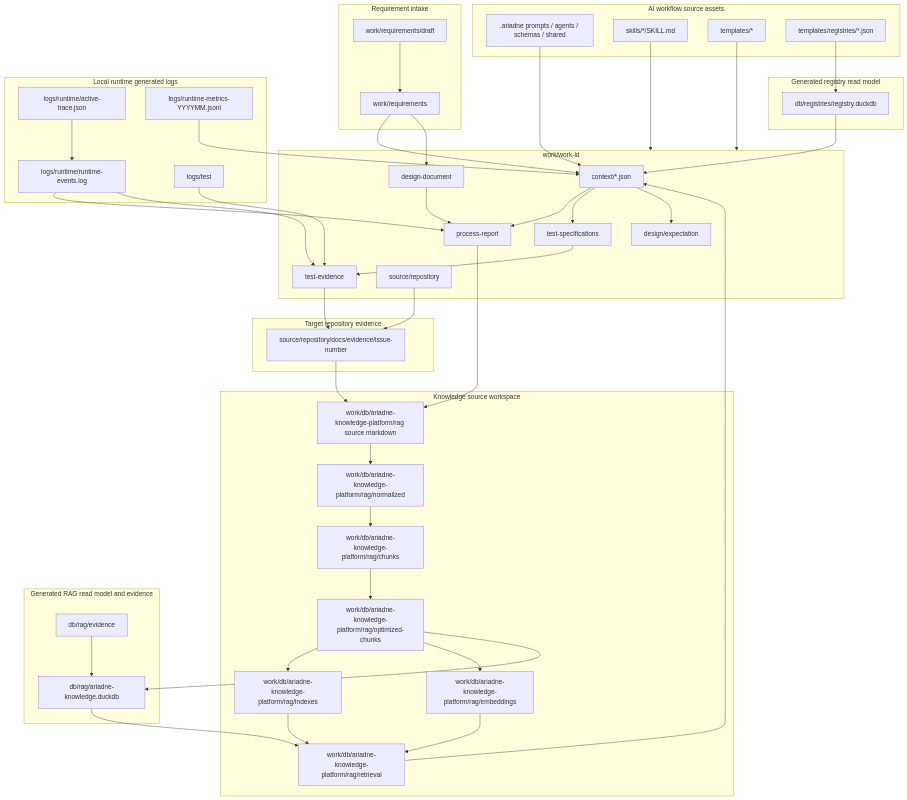
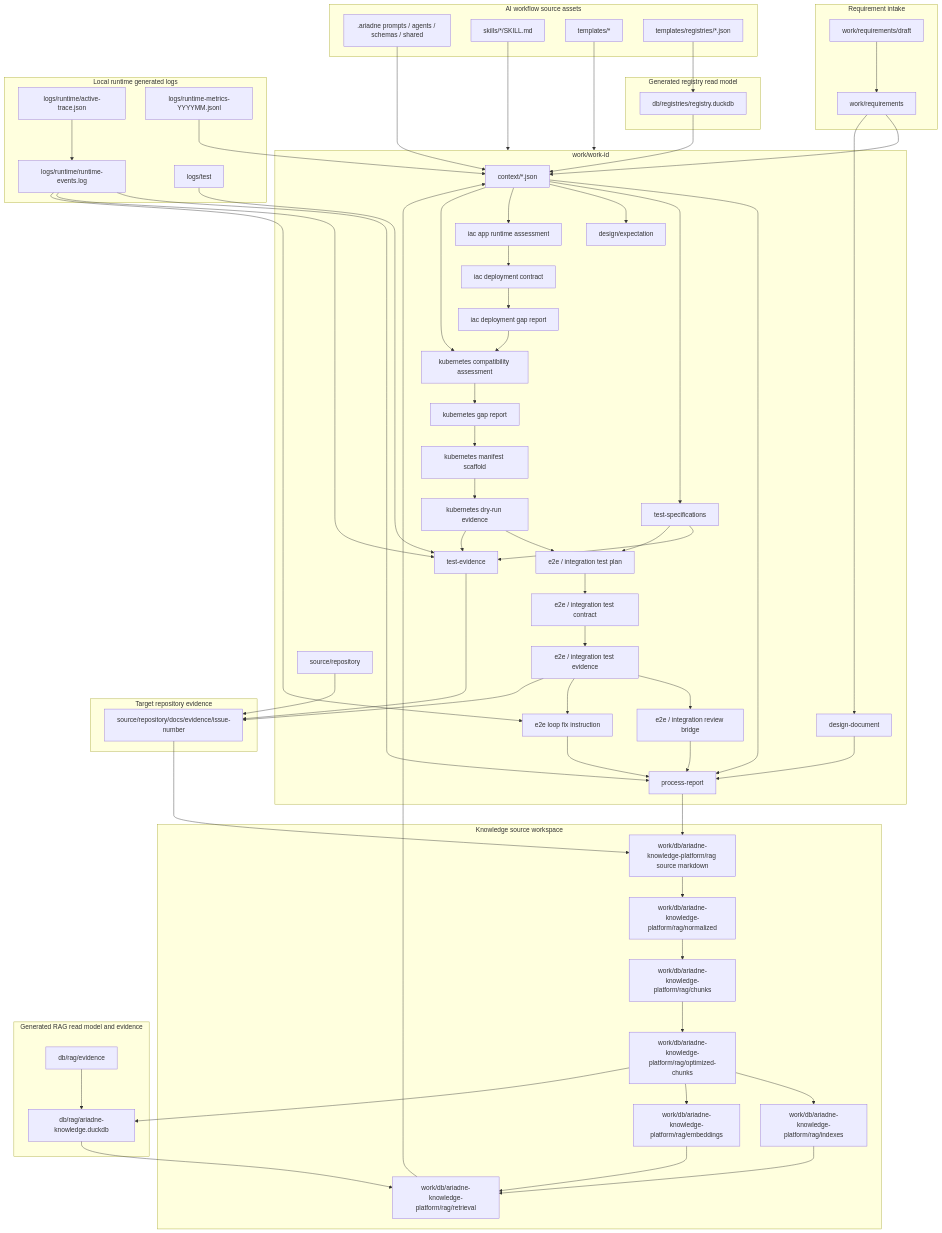
The first of 5 diagrams in docs/diagrams/artifact-lifecycle-map.md (inabako/ariadne-ai-workflow-platform), drawn with Mermaid before and after one commit. The commit also changed other lines of this file and 57 other files, not shown here.

```diff
--- a/docs/diagrams/artifact-lifecycle-map.md
+++ b/docs/diagrams/artifact-lifecycle-map.md
@@ -30,6 +30,18 @@
     Reports[process-report]
     Specs[test-specifications]
     Evidence[test-evidence]
+    E2EPlan[e2e / integration test plan]
+    E2EContract[e2e / integration test contract]
+    E2EEvidence[e2e / integration test evidence]
+    E2EReviewPlan[e2e / integration review bridge]
+    E2ELoop[e2e loop fix instruction]
+    IaCAssessment[iac app runtime assessment]
+    IaCContract[iac deployment contract]
+    IaCGap[iac deployment gap report]
+    K8sAssessment[kubernetes compatibility assessment]
+    K8sGap[kubernetes gap report]
+    K8sManifest[kubernetes manifest scaffold]
+    K8sDryRun[kubernetes dry-run evidence]
     Source[source/repository]
     Expectation[design/expectation]
   end
@@ -75,12 +87,31 @@
   Context --> Expectation
   Design --> Reports
   Specs --> Evidence
+  Specs --> E2EPlan
+  E2EPlan --> E2EContract
+  E2EContract --> E2EEvidence
+  E2EEvidence --> E2EReviewPlan
+  E2EReviewPlan --> Reports
+  E2EEvidence --> E2ELoop
+  E2ELoop --> Reports
+  Context --> IaCAssessment
+  IaCAssessment --> IaCContract
+  IaCContract --> IaCGap
+  IaCGap --> K8sAssessment
+  Context --> K8sAssessment
+  K8sAssessment --> K8sGap
+  K8sGap --> K8sManifest
+  K8sManifest --> K8sDryRun
+  K8sDryRun --> E2EPlan
+  K8sDryRun --> Evidence
   Source --> TargetDocs
   Evidence --> TargetDocs
+  E2EEvidence --> TargetDocs
 
   ActiveTrace --> RuntimeLog
   RuntimeLog --> Reports
   RuntimeLog --> Evidence
+  RuntimeLog --> E2ELoop
   TestLog --> Evidence
   Metrics --> Context
 
```
